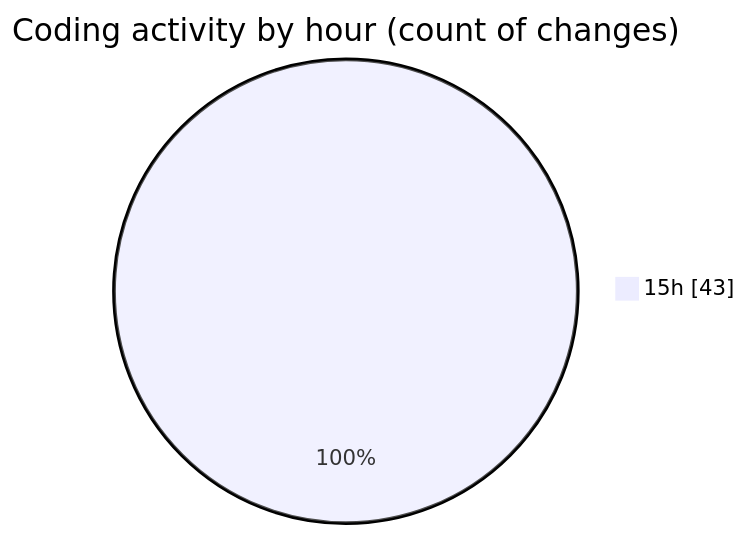
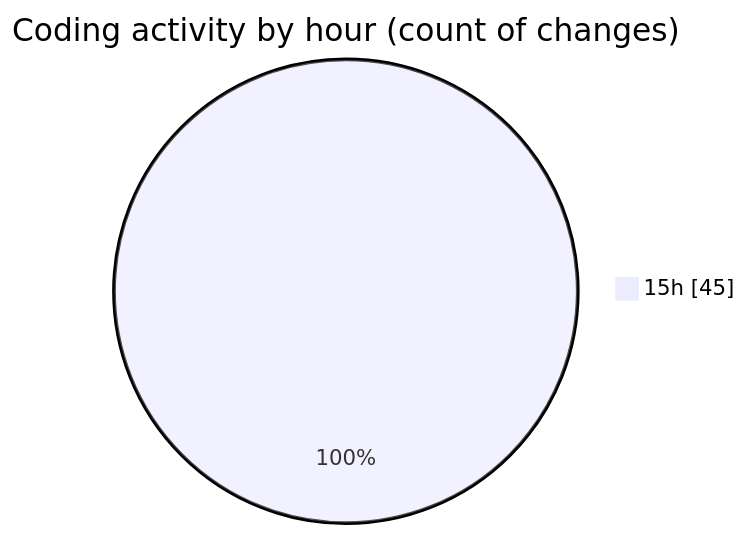
One commit to IJAZ3593/code-tracking changed the second of 2 diagrams in 2025-09-01/project_3/README.md. Above: the diagram before and after it, drawn with Mermaid. The commit also changed other lines of this file and 1 other file, not shown here.

````diff
--- a/2025-09-01/project_3/README.md
+++ b/2025-09-01/project_3/README.md
@@ -36,5 +36,5 @@
 ```mermaid
 pie showData
 title Coding activity by hour (count of changes)
-"15h" : 43
+"15h" : 45
 ```
````
